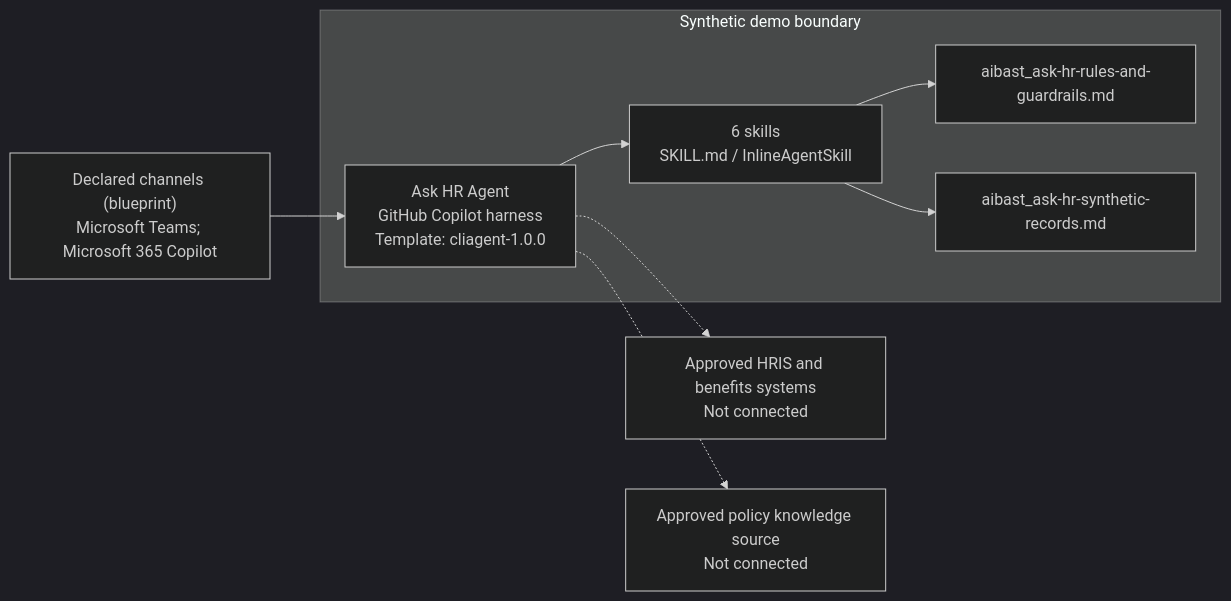
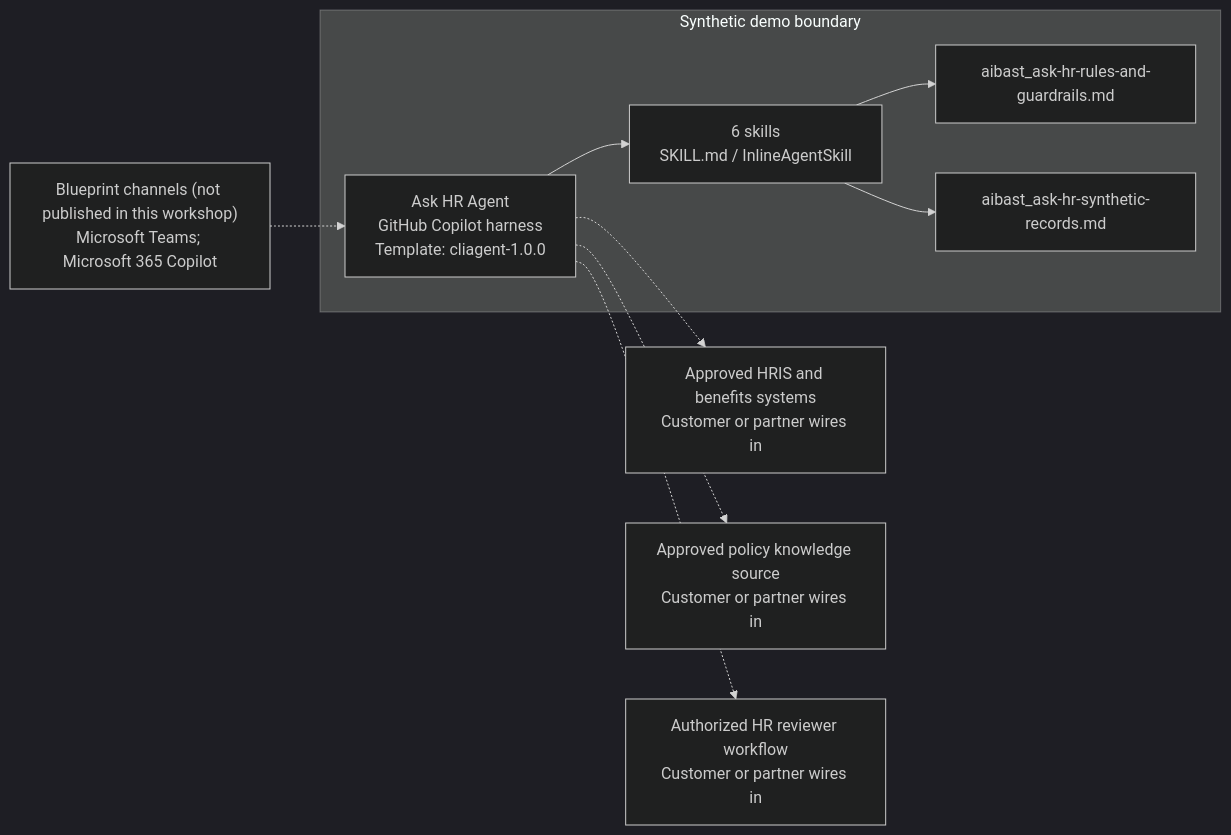
One commit to kody-w/aibast-agents-library changed the diagram in 01-solutions/ask-hr/2.Architecture.md. Above: the diagram before and after it, drawn with Mermaid (dark theme). The commit also changed other lines of this file and 27 other files, not shown here.

````diff
--- a/01-solutions/ask-hr/2.Architecture.md
+++ b/01-solutions/ask-hr/2.Architecture.md
@@ -9,18 +9,20 @@
 ```mermaid
 flowchart LR
-    n0["Declared channels (blueprint)<br/>Microsoft Teams; Microsoft 365 Copilot"]
+    n0["Blueprint channels (not published in this workshop)<br/>Microsoft Teams; Microsoft 365 Copilot"]
     subgraph synthetic["Synthetic demo boundary"]
         n1["Ask HR Agent<br/>GitHub Copilot harness<br/>Template: cliagent-1.0.0"]
         n2["6 skills<br/>SKILL.md / InlineAgentSkill"]
         n1 --> n2
         n3["aibast_ask-hr-rules-and-guardrails.md"]
         n2 --> n3
         n4["aibast_ask-hr-synthetic-records.md"]
         n2 --> n4
     end
-    n0 --> n1
-    n5["Approved HRIS and benefits systems<br/>Not connected"]
+    n0 -.-> n1
+    n5["Approved HRIS and benefits systems<br/>Customer or partner wires in"]
     n1 -.-> n5
-    n6["Approved policy knowledge source<br/>Not connected"]
+    n6["Approved policy knowledge source<br/>Customer or partner wires in"]
     n1 -.-> n6
+    n7["Authorized HR reviewer workflow<br/>Customer or partner wires in"]
+    n1 -.-> n7
 ```
````
